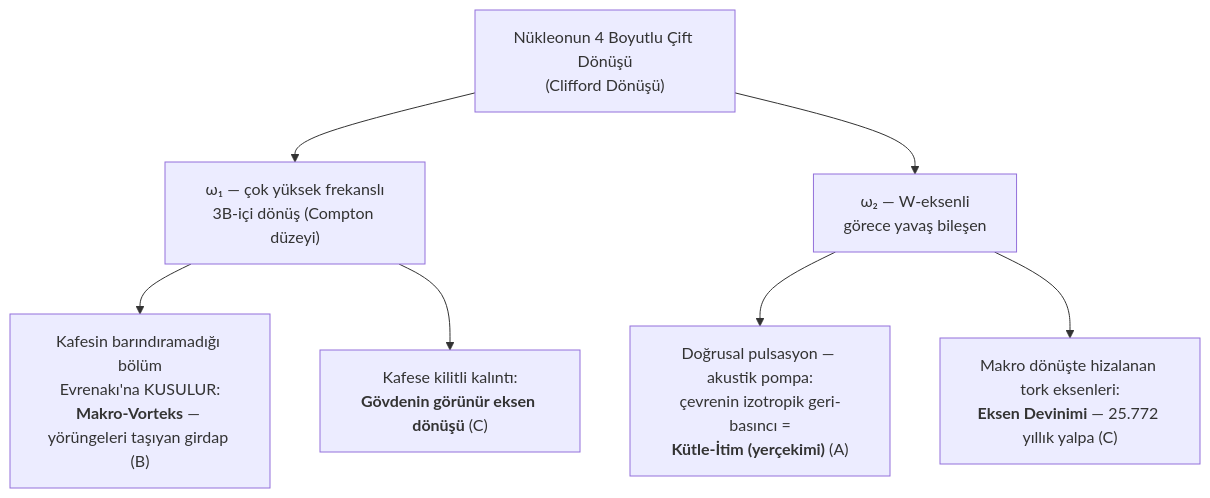
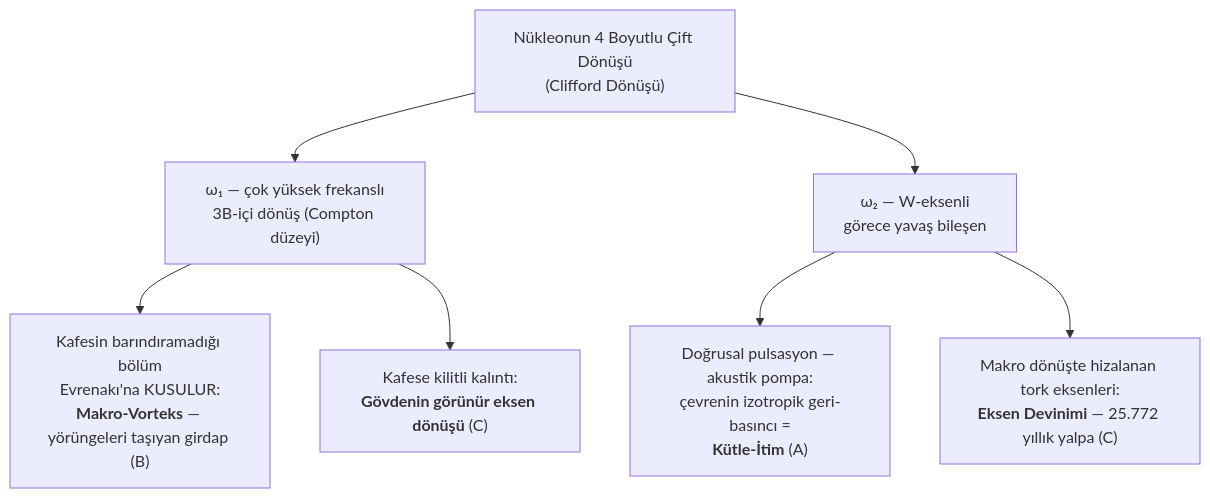
One commit to burhanguler-collab/evrenaky changed the diagram in Metin/Akademik/Kisim_3_Makro_Evren/01_Evrenin_Makine_Dairesi.md. Above: the diagram before and after it, drawn with Mermaid. The commit also changed other lines of this file and 22 other files, not shown here.

````diff
--- a/Metin/Akademik/Kisim_3_Makro_Evren/01_Evrenin_Makine_Dairesi.md
+++ b/Metin/Akademik/Kisim_3_Makro_Evren/01_Evrenin_Makine_Dairesi.md
@@ -47,10 +47,10 @@
 ```mermaid
 flowchart TD
     KOK["Nükleonun 4 Boyutlu Çift Dönüşü<br/>(Clifford Dönüşü)"]
     KOK --> W1["ω₁ — çok yüksek frekanslı<br/>3B-içi dönüş (Compton düzeyi)"]
     KOK --> W2["ω₂ — W-eksenli<br/>görece yavaş bileşen"]
     W1 --> VORTEKS["Kafesin barındıramadığı bölüm<br/>Evrenakı'na KUSULUR:<br/><b>Makro-Vorteks</b> — yörüngeleri taşıyan girdap (B)"]
     W1 --> SPIN["Kafese kilitli kalıntı:<br/><b>Gövdenin görünür eksen dönüşü</b> (C)"]
-    W2 --> POMPA["Doğrusal pulsasyon — akustik pompa:<br/>çevrenin izotropik geri-basıncı =<br/><b>Kütle-İtim (yerçekimi)</b> (A)"]
+    W2 --> POMPA["Doğrusal pulsasyon — akustik pompa:<br/>çevrenin izotropik geri-basıncı =<br/><b>Kütle-İtim</b> (A)"]
     W2 --> DEVINIM["Makro dönüşte hizalanan tork eksenleri:<br/><b>Eksen Devinimi</b> — 25.772 yıllık yalpa (C)"]
 ```
````
